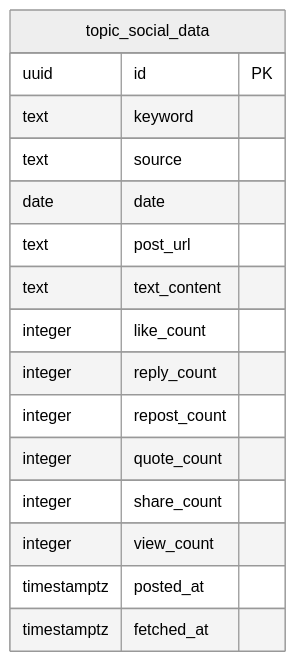
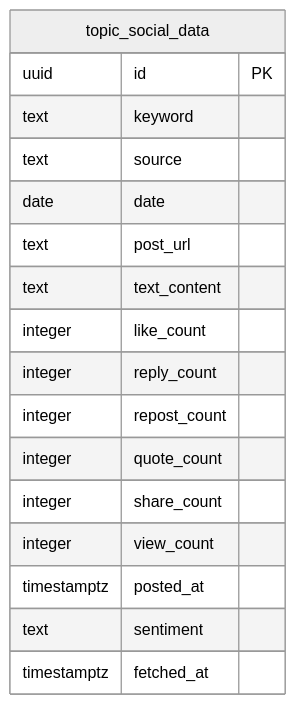
The diagram in docs/superpowers/specs/2026-08-23-deep-crawl-threads-database-schema.md (ThaoHienPhamNguyen/Social_Listening_Ver2), drawn with Mermaid (neutral theme) before and after one commit. The commit also changed other lines of this file and 3 other files, not shown here.

````diff
--- a/docs/superpowers/specs/2026-08-23-deep-crawl-threads-database-schema.md
+++ b/docs/superpowers/specs/2026-08-23-deep-crawl-threads-database-schema.md
@@ -11,19 +11,20 @@
 ```mermaid
 erDiagram
     topic_social_data {
         uuid id PK
         text keyword
         text source
         date date
         text post_url
         text text_content
         integer like_count
         integer reply_count
         integer repost_count
         integer quote_count
         integer share_count
         integer view_count
         timestamptz posted_at
+        text sentiment
         timestamptz fetched_at
     }
 ```
````
